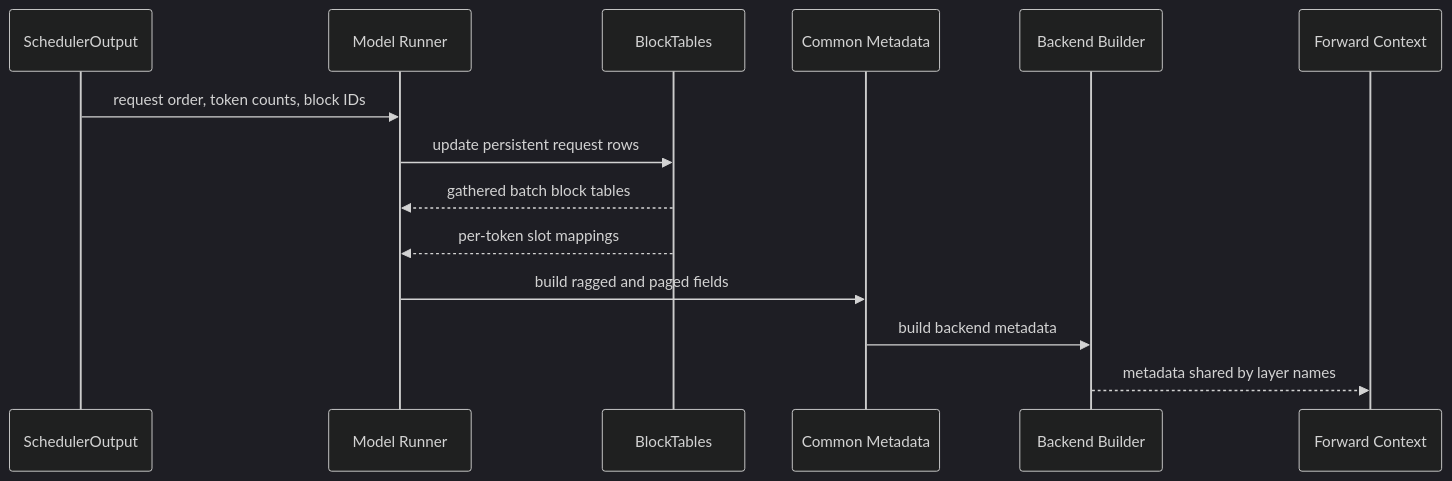
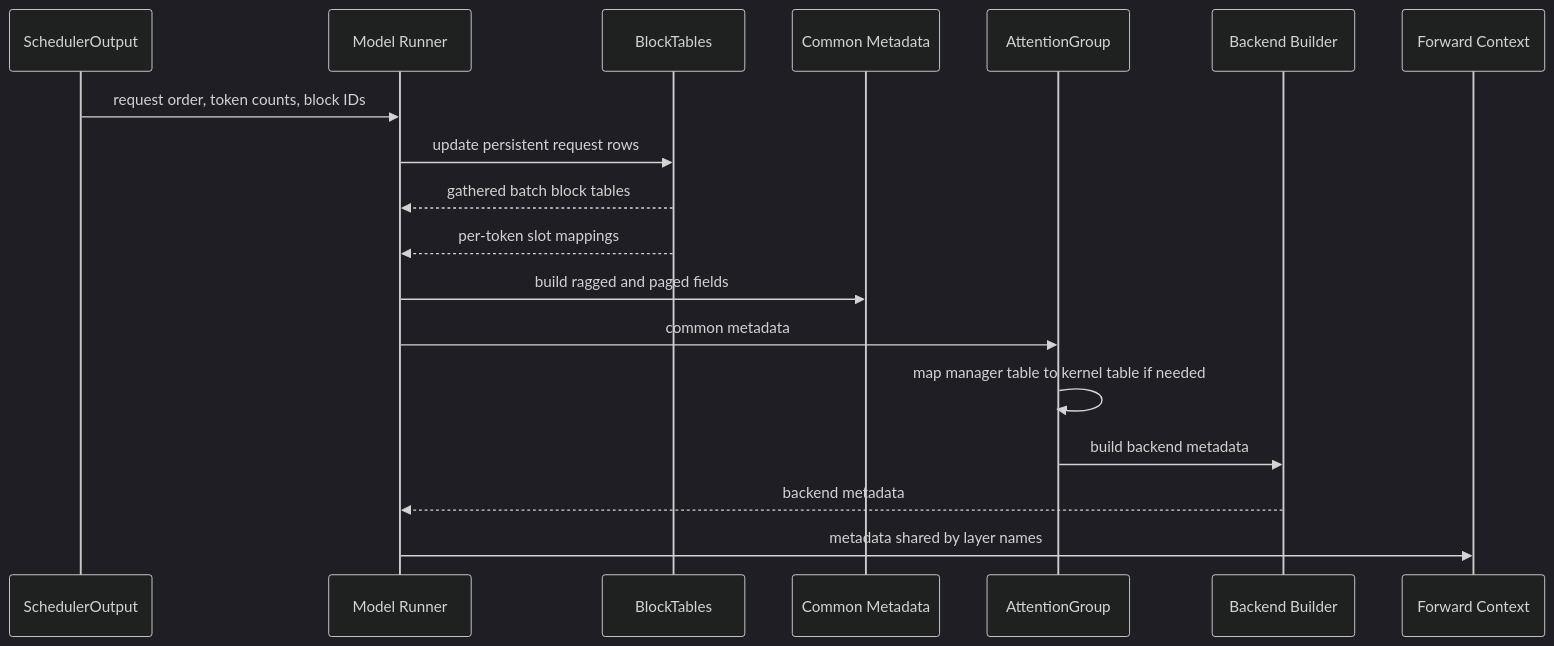
One commit to cluster1900/vllm_reader changed diagram 23 of 41 in book/06-paged-attention/README.md. Above: the diagram before and after it, drawn with Mermaid (dark theme). The commit also changed other lines of this file and 37 other files, not shown here.

````diff
--- a/book/06-paged-attention/README.md
+++ b/book/06-paged-attention/README.md
@@ -721,16 +752,20 @@
 ```mermaid
 sequenceDiagram
     participant S as SchedulerOutput
     participant R as Model Runner
     participant T as BlockTables
     participant C as Common Metadata
+    participant G as AttentionGroup
     participant B as Backend Builder
     participant F as Forward Context
     S->>R: request order, token counts, block IDs
     R->>T: update persistent request rows
     T-->>R: gathered batch block tables
     T-->>R: per-token slot mappings
     R->>C: build ragged and paged fields
-    C->>B: build backend metadata
-    B-->>F: metadata shared by layer names
+    R->>G: common metadata
+    G->>G: map manager table to kernel table if needed
+    G->>B: build backend metadata
+    B-->>R: backend metadata
+    R->>F: metadata shared by layer names
 ```
````
